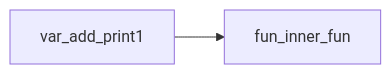
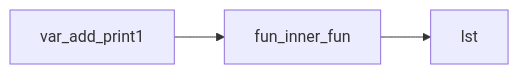
One commit to nackc8/py-live changed the fourth of 4 diagrams in ITINF24/lektion9/refs_scope.md. Above: the diagram before and after it, drawn with Mermaid.

Commit message:
autocommit complete 0954 (00)

````diff
--- a/ITINF24/lektion9/refs_scope.md
+++ b/ITINF24/lektion9/refs_scope.md
@@ -52,4 +52,5 @@
 ```mermaid
 flowchart LR
 var_add_print1 --> fun_inner_fun
+fun_inner_fun --> lst
 ```
````
